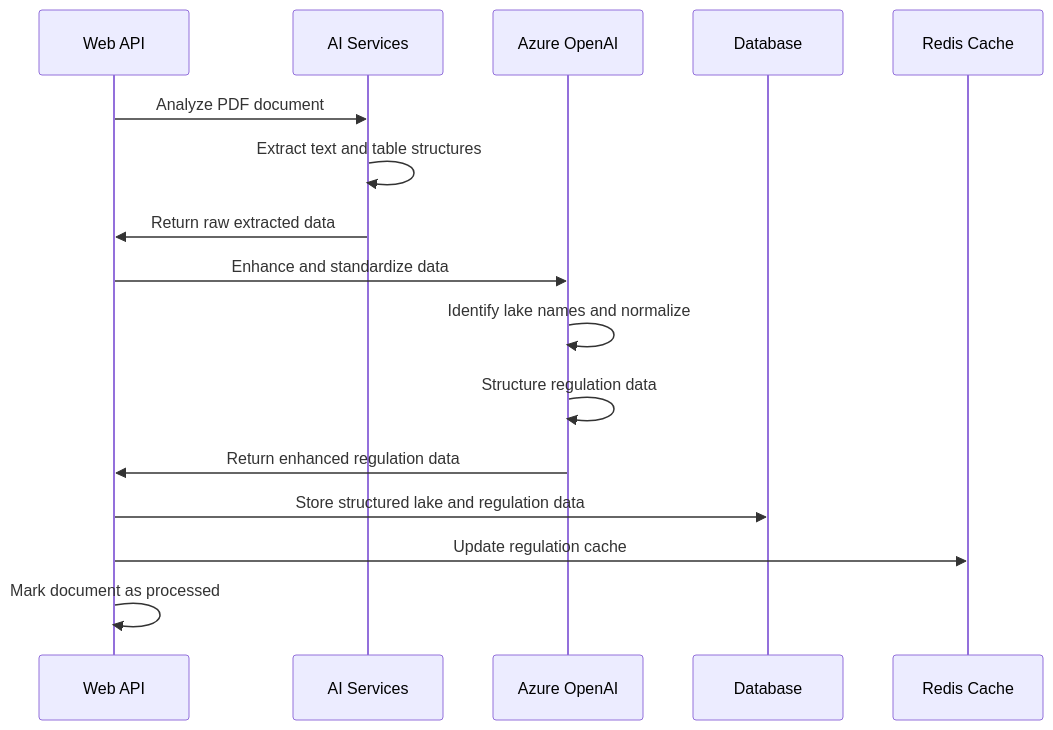
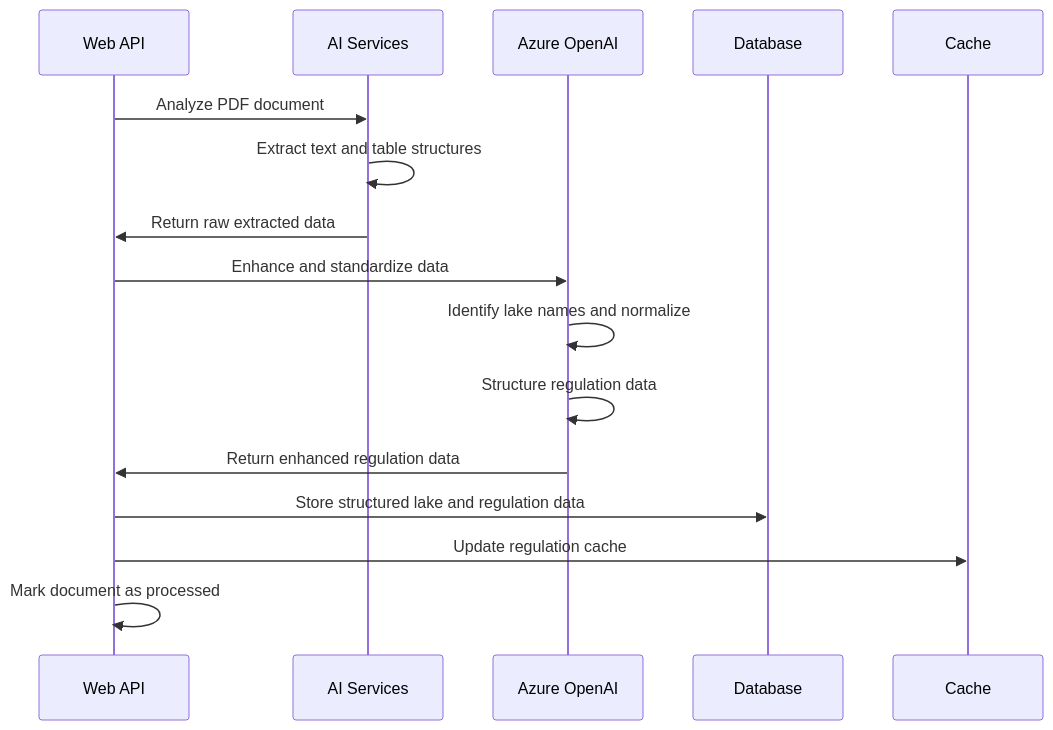
One commit to rockfordlhotka/BlazorFishingRegs changed the third of 13 diagrams in docs/Process-Flow-Documentation.md. Above: the diagram before and after it, drawn with Mermaid. The commit also changed other lines of this file and 26 other files, not shown here.

````diff
--- a/docs/Process-Flow-Documentation.md
+++ b/docs/Process-Flow-Documentation.md
@@ -55,19 +55,18 @@
 ```mermaid
 sequenceDiagram
     participant API as Web API
     participant AI as AI Services
     participant OpenAI as Azure OpenAI
     participant DB as Database
-    participant Cache as Redis Cache
 
     API->>AI: Analyze PDF document
     AI->>AI: Extract text and table structures
     AI->>API: Return raw extracted data
     API->>OpenAI: Enhance and standardize data
     OpenAI->>OpenAI: Identify lake names and normalize
     OpenAI->>OpenAI: Structure regulation data
     OpenAI->>API: Return enhanced regulation data
     API->>DB: Store structured lake and regulation data
     API->>Cache: Update regulation cache
     API->>API: Mark document as processed
 ```
````
